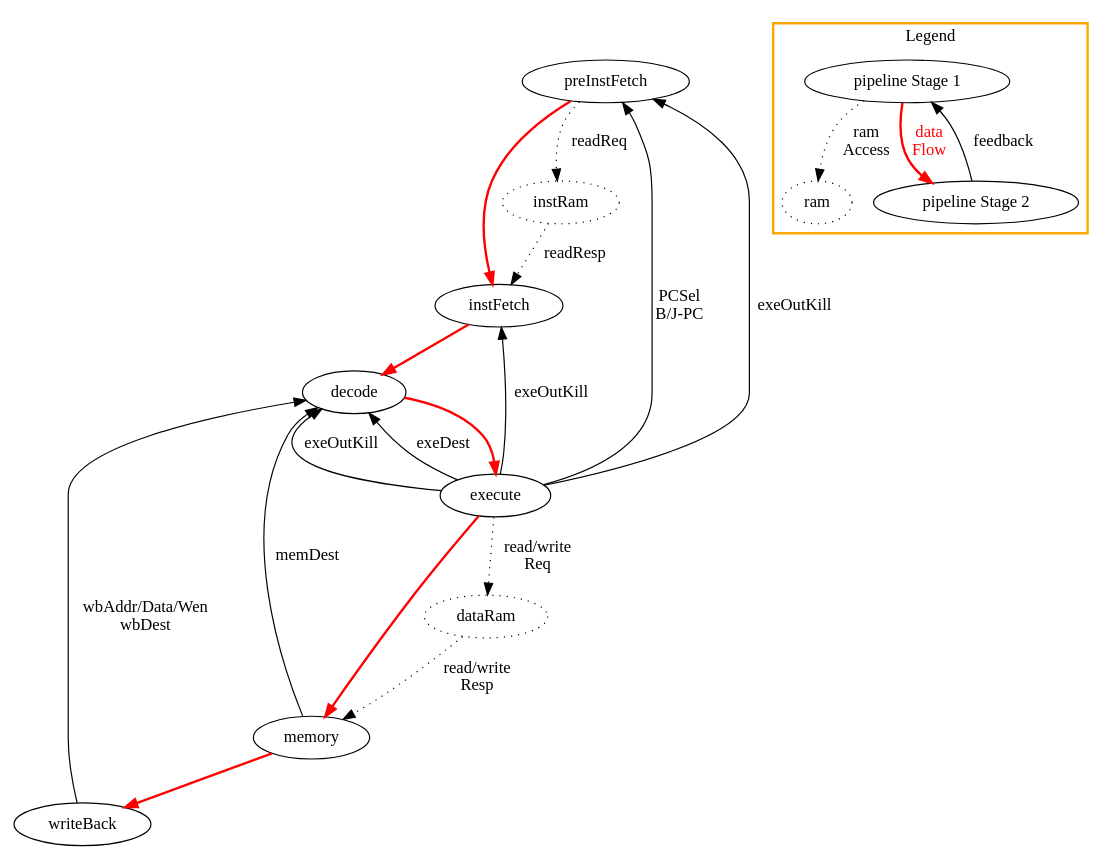
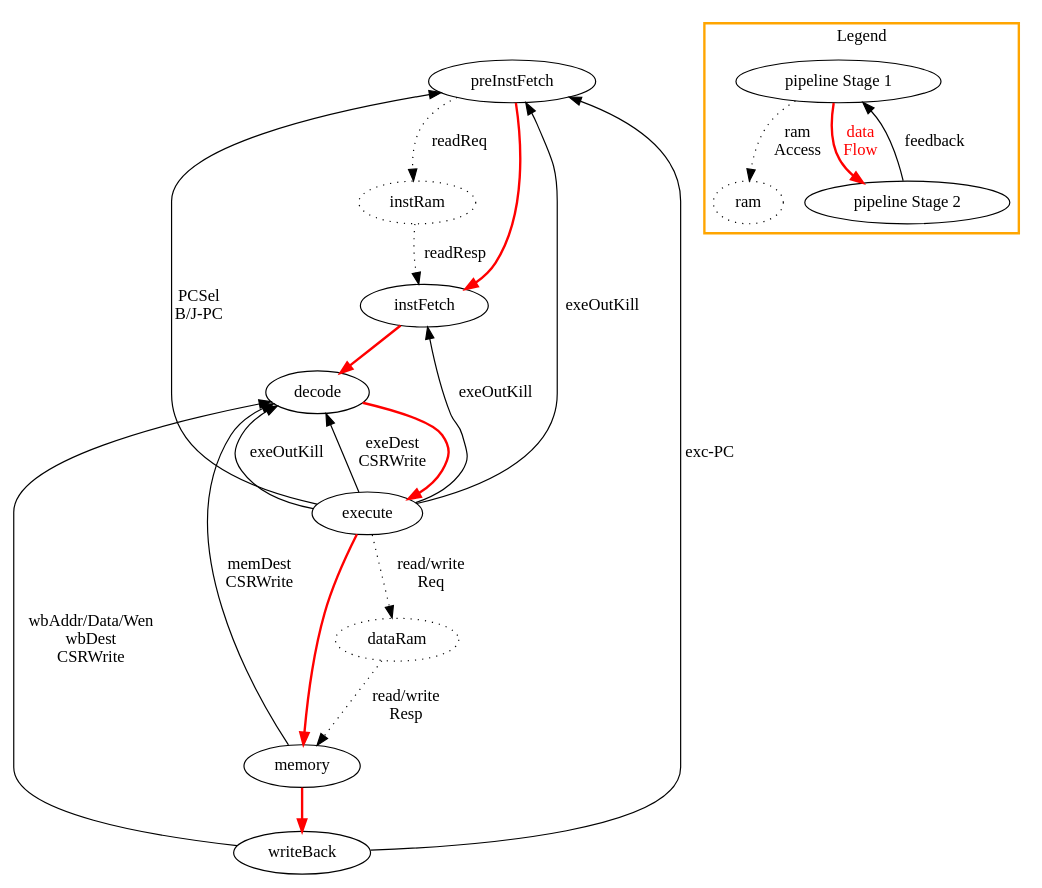
One commit to yuhengy/coredesign changed the diagram in documents/5stageInterconnection.gv. Above: the diagram before and after it, drawn with Graphviz. The commit also changed 23 other files, not shown here.

```diff
--- a/documents/5stageInterconnection.gv
+++ b/documents/5stageInterconnection.gv
@@ -1,44 +1,45 @@
 digraph G {
 
   "preInstFetch" -> "instFetch" [style="bold", color="red"];
   "instFetch" -> "decode" [style="bold", color="red"];
   "decode" -> "execute" [style="bold", color="red"];
   "execute" -> "memory" [style="bold", color="red"];
   "memory" -> "writeBack" [style="bold", color="red"];
 
 
   "execute" -> "preInstFetch" [label="PCSel\nB/J-PC"];
   "execute" -> "preInstFetch" [label="exeOutKill"];
 
   "execute" -> "instFetch" [label="exeOutKill"];
 
   "execute" -> "decode" [label="exeOutKill"];
-  "execute" -> "decode" [label="exeDest"];
-  "memory" -> "decode" [label="memDest"];
-  "writeBack" -> "decode" [label="wbAddr/Data/Wen\nwbDest"];
+  "execute" -> "decode" [label="exeDest\nCSRWrite"];
+  "memory" -> "decode" [label="memDest\nCSRWrite"];
+  "writeBack" -> "decode" [label="wbAddr/Data/Wen\nwbDest\nCSRWrite"];
+  "writeBack" -> "preInstFetch" [label="exc-PC"];
 
 
 //ram
   "instRam" [style="dotted"];
   "dataRam" [style="dotted"];
 
   "preInstFetch" -> "instRam" [label="readReq", style="dotted"];
   "instRam" -> "instFetch" [label="readResp", style="dotted"];
 
   "execute" -> "dataRam" [label="read/write\nReq", style="dotted"];
   "dataRam" -> "memory" [label="read/write\nResp", style="dotted"];
 
 
 
   // Legend
   subgraph cluster1 {
     "ram" [style="dotted"];
     "pipeline Stage 1" -> "pipeline Stage 2" [label="data\nFlow", fontcolor="red", style="bold", color="red"];
     "pipeline Stage 2" -> "pipeline Stage 1" [label="feedback"];
     "pipeline Stage 1" -> "ram" [label="ram\nAccess", style="dotted"];
 
     label = "Legend";
     style=bold;
     color = "orange";
   }
 }
```
